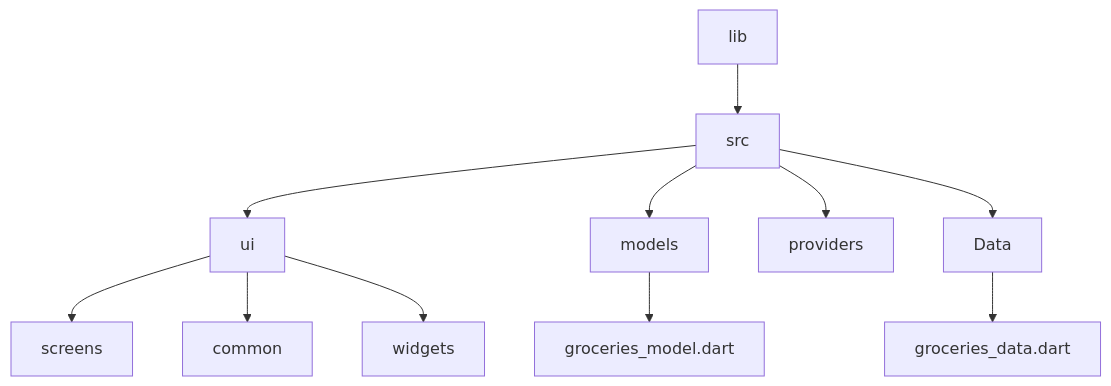
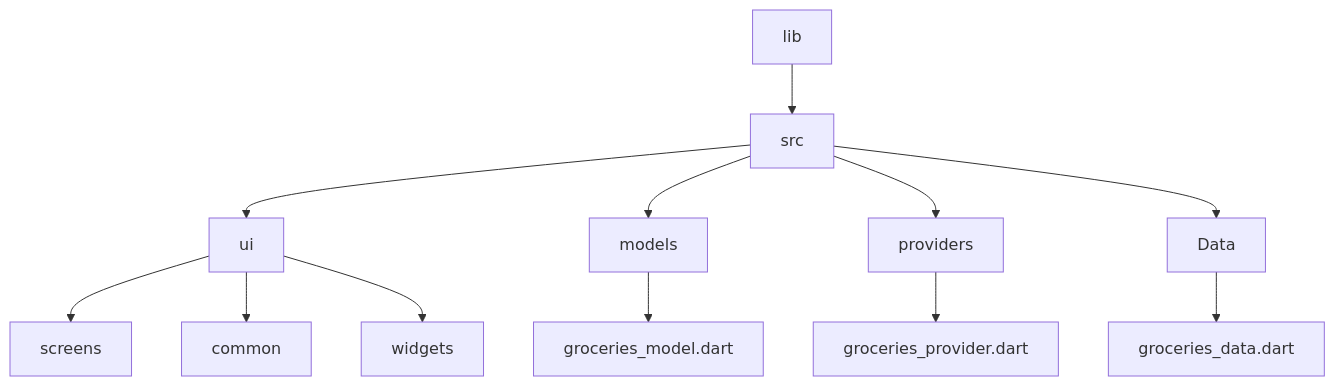
One commit to PriyathamVarma/Learn-Flutter changed the first of 2 diagrams in Shopping-App/README.md. Above: the diagram before and after it, drawn with Mermaid. The commit also changed other lines of this file, not shown here.

````diff
--- a/Shopping-App/README.md
+++ b/Shopping-App/README.md
@@ -5,17 +5,18 @@
 ```mermaid
 
 
 graph TD
 
 A[lib] --> B[src]
 B --> C[ui]
 C --> D[screens]
 C --> E[common]
 C --> F[widgets]
 B --> G[models]
 B --> H[providers]
 B --> I[Data]
 I --> J[groceries_data.dart]
 G --> K[groceries_model.dart]
+H --> L[groceries_provider.dart]
 
 ```
````
